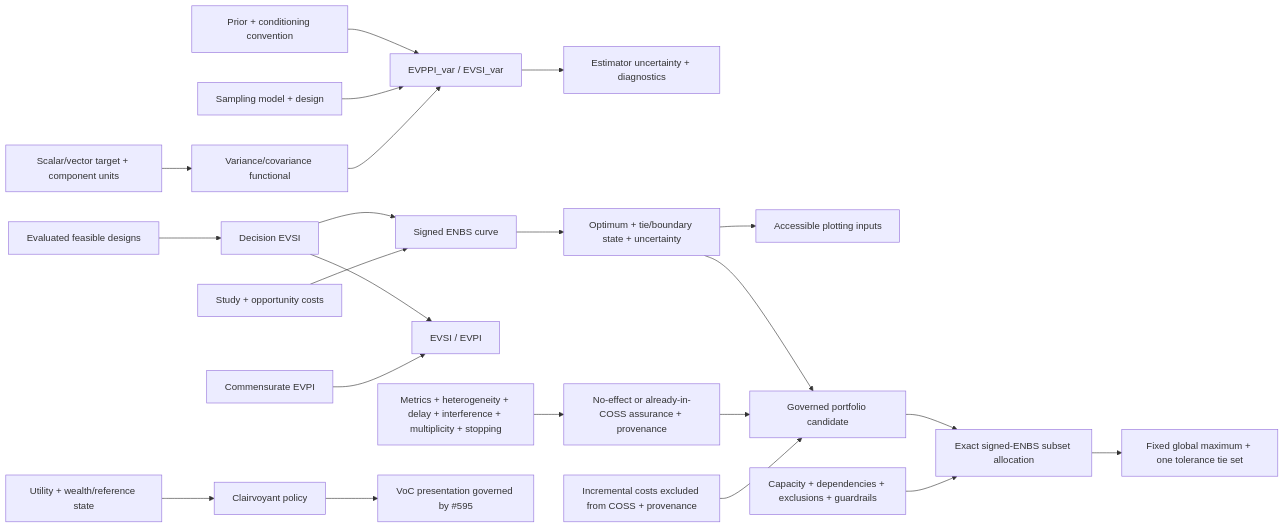
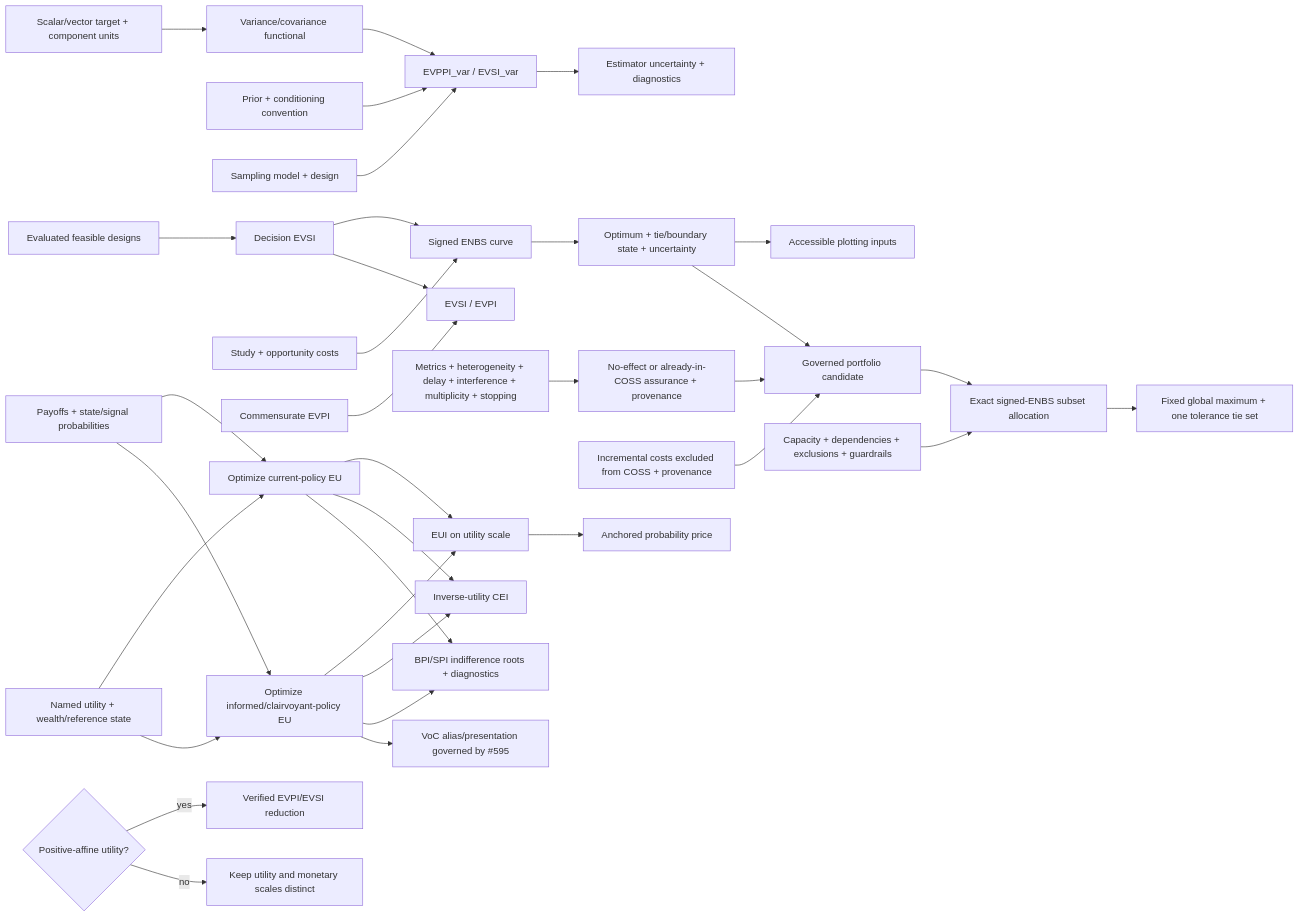
Before and after one commit to edithatogo/voiage: the third of 7 diagrams in conductor/design.md, drawn with Mermaid. The commit also changed 77 other files, not shown here.

First line of the commit message:
feat: expected-utility information pricing and VoC presentation (#712)

````diff
--- a/conductor/design.md
+++ b/conductor/design.md
@@ -44,26 +44,38 @@
 ```mermaid
 flowchart LR
     Target["Scalar/vector target + component units"] --> Functional["Variance/covariance functional"]
     Conditioning["Prior + conditioning convention"] --> Estimation["EVPPI_var / EVSI_var"]
     Sampling["Sampling model + design"] --> Estimation
     Functional --> Estimation
     Estimation --> Assurance["Estimator uncertainty + diagnostics"]
 
     Designs["Evaluated feasible designs"] --> EVSI["Decision EVSI"]
     EVSI --> ENBS["Signed ENBS curve"]
     Costs["Study + opportunity costs"] --> ENBS
     ENBS --> COSS["Optimum + tie/boundary state + uncertainty"]
     COSS --> Plot["Accessible plotting inputs"]
     EVSI --> Ratio["EVSI / EVPI"]
     EVPI["Commensurate EVPI"] --> Ratio
     COSS --> Candidate["Governed portfolio candidate"]
     PortfolioSemantics["Metrics + heterogeneity + delay + interference + multiplicity + stopping"] --> AssuranceDeclaration["No-effect or already-in-COSS assurance + provenance"]
     AssuranceDeclaration --> Candidate
     DisjointCosts["Incremental costs excluded from COSS + provenance"] --> Candidate
     Candidate --> Portfolio["Exact signed-ENBS subset allocation"]
     PortfolioConstraints["Capacity + dependencies + exclusions + guardrails"] --> Portfolio
     Portfolio --> GlobalTieSet["Fixed global maximum + one tolerance tie set"]
 
-    Utility["Utility + wealth/reference state"] --> Clairvoyant["Clairvoyant policy"]
-    Clairvoyant --> VoC["VoC presentation governed by #595"]
+    Payoffs["Payoffs + state/signal probabilities"] --> CurrentEU["Optimize current-policy EU"]
+    Utility["Named utility + wealth/reference state"] --> CurrentEU
+    Utility --> InformedEU["Optimize informed/clairvoyant-policy EU"]
+    Payoffs --> InformedEU
+    CurrentEU --> EUI["EUI on utility scale"]
+    InformedEU --> EUI
+    CurrentEU --> CEI["Inverse-utility CEI"]
+    InformedEU --> CEI
+    CurrentEU --> Roots["BPI/SPI indifference roots + diagnostics"]
+    InformedEU --> Roots
+    EUI --> PPI["Anchored probability price"]
+    InformedEU --> VoC["VoC alias/presentation governed by #595"]
+    Affine{"Positive-affine utility?"} -->|yes| Monetary["Verified EVPI/EVSI reduction"]
+    Affine -->|no| DistinctScale["Keep utility and monetary scales distinct"]
 ```
````
